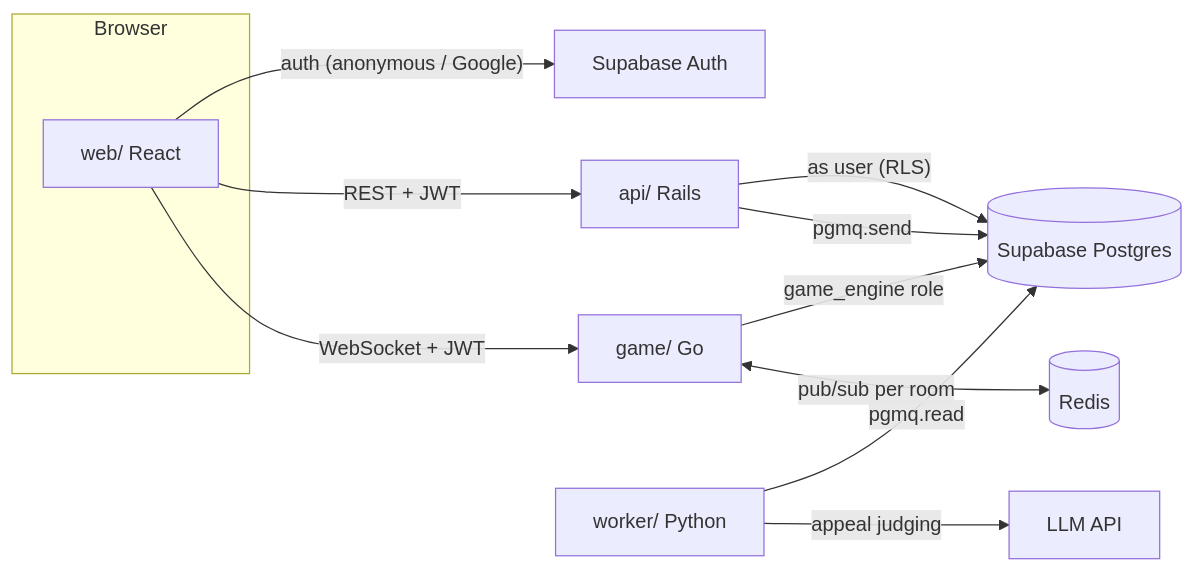
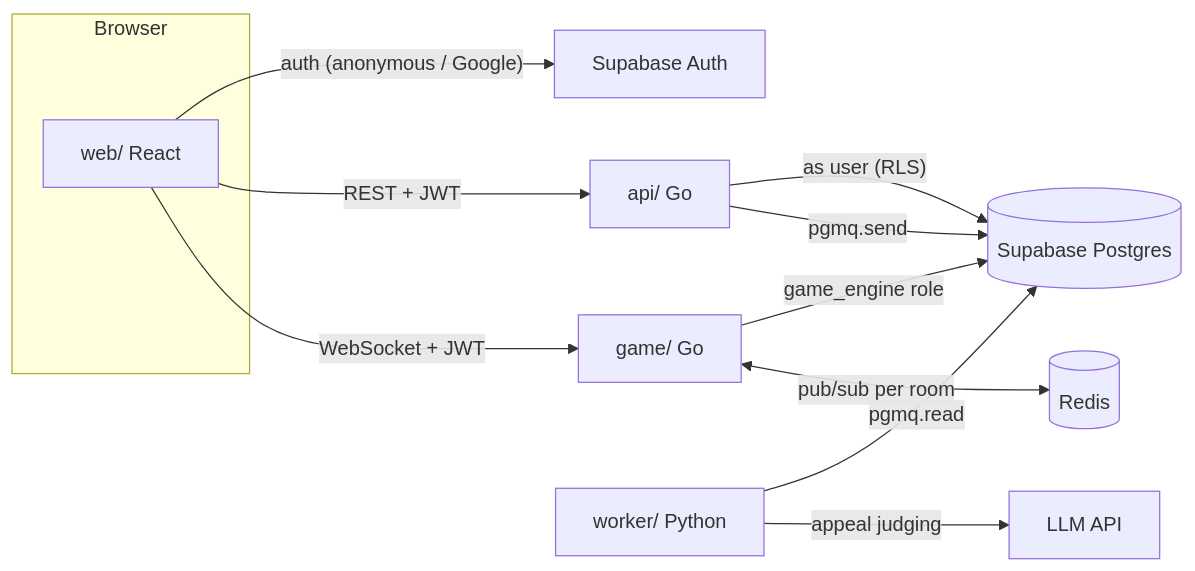
Before and after one commit to wygarner/schmegettes: the diagram in docs/system-docs/architecture/system-overview.md, drawn with Mermaid. The commit also changed 18 other files, not shown here.

First line of the commit message:
chore: remove Rails; api/ is a Go REST service (#6)

````diff
--- a/docs/system-docs/architecture/system-overview.md
+++ b/docs/system-docs/architecture/system-overview.md
@@ -3,15 +3,15 @@
 ```mermaid
 flowchart LR
   subgraph Browser
     web[web/ React]
   end
   web -- "auth (anonymous / Google)" --> sbauth[Supabase Auth]
-  web -- "REST + JWT" --> api[api/ Rails]
+  web -- "REST + JWT" --> api[api/ Go]
   web -- "WebSocket + JWT" --> game[game/ Go]
   api -- "as user (RLS)" --> db[(Supabase Postgres)]
   game -- "game_engine role" --> db
   game <-- "pub/sub per room" --> redis[(Redis)]
   api -- "pgmq.send" --> db
   worker[worker/ Python] -- "pgmq.read" --> db
   worker -- "appeal judging" --> llm[LLM API]
 ```
````
